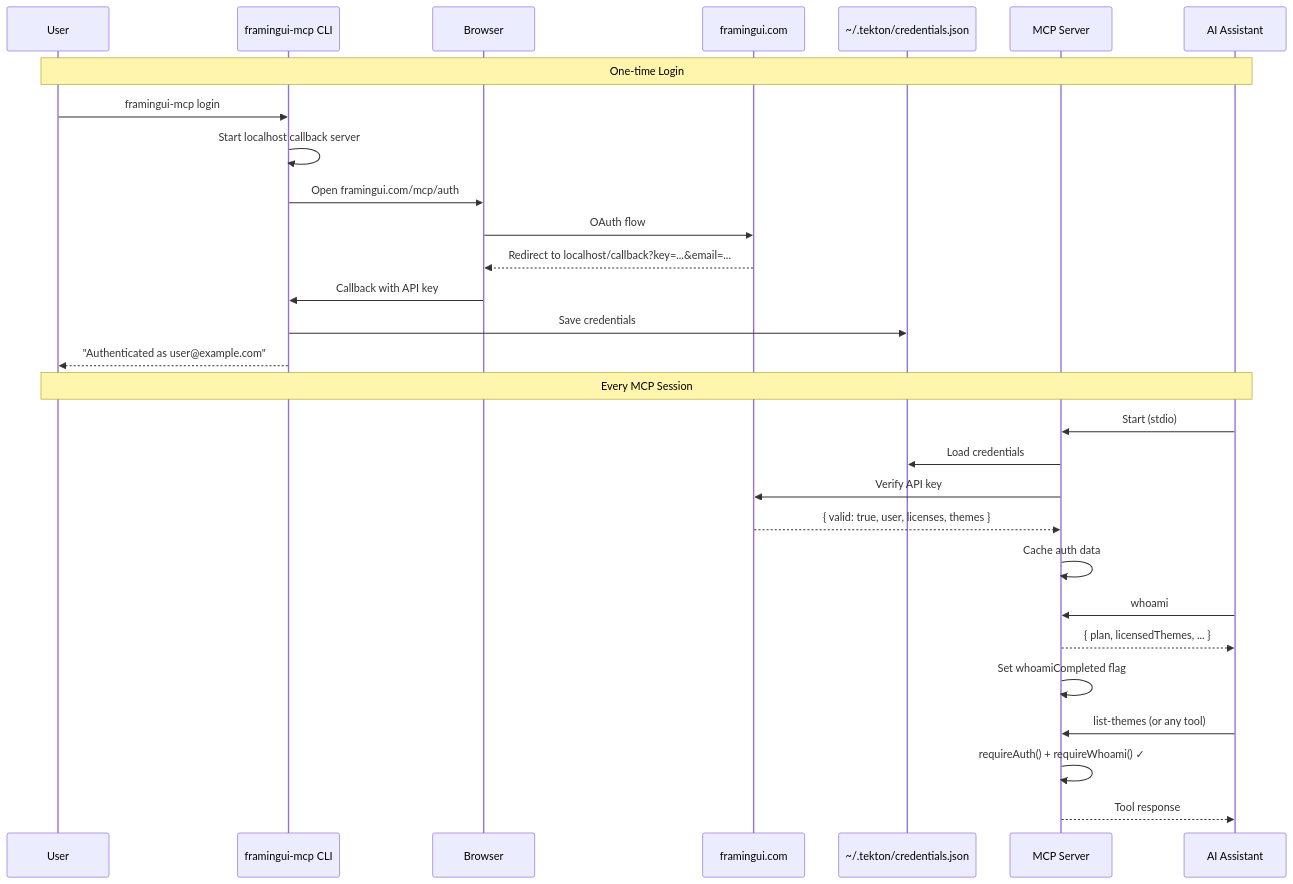
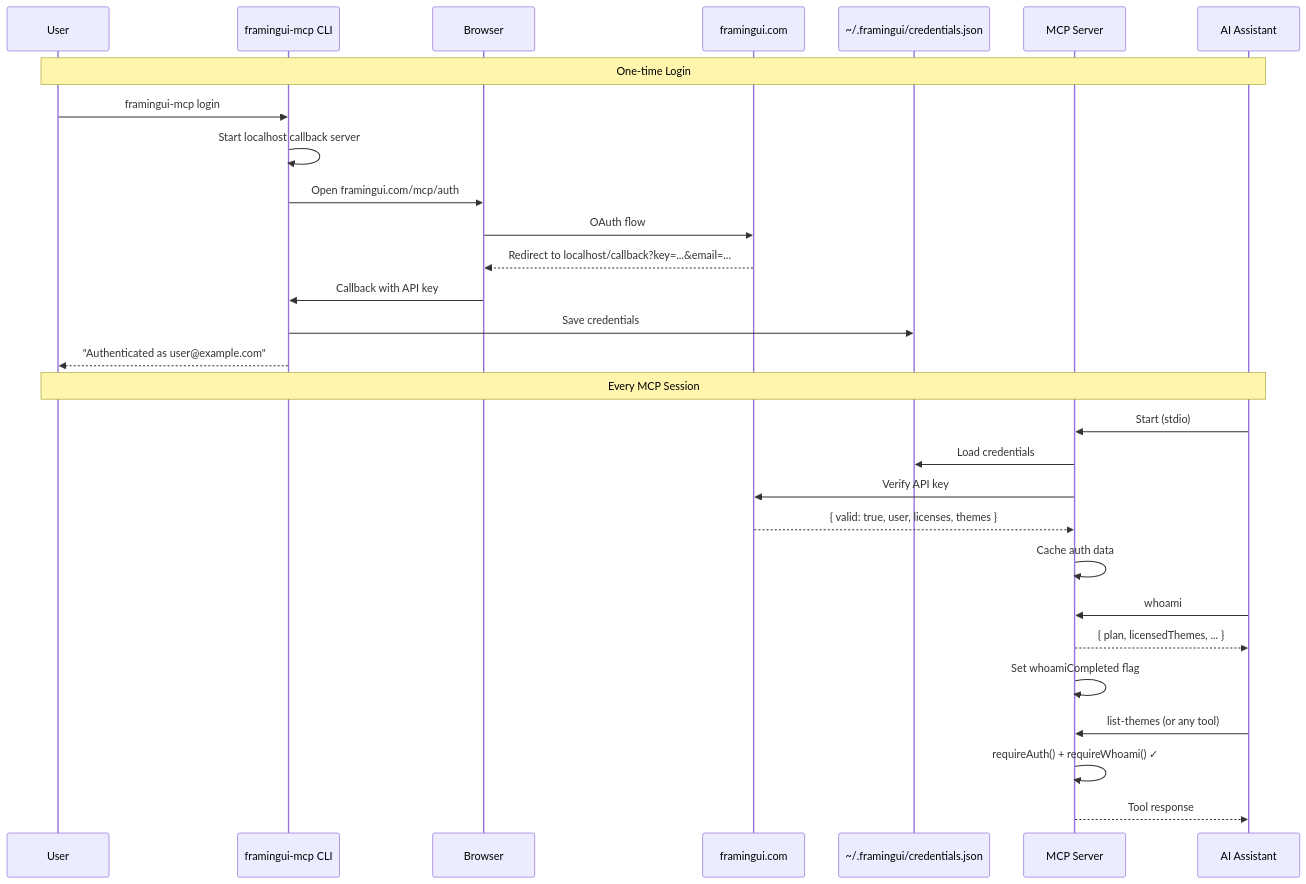
The second of 4 diagrams in packages/mcp-server/docs/04-architecture.md (soo-kate-yeon/framingui), drawn with Mermaid before and after one commit. The commit also changed other lines of this file and 54 other files, not shown here.

First line of the commit message:
chore(mcp): replace all tekton references with framingui

````diff
--- a/packages/mcp-server/docs/04-architecture.md
+++ b/packages/mcp-server/docs/04-architecture.md
@@ -100,35 +100,35 @@
 ```mermaid
 sequenceDiagram
     participant User
     participant CLI as framingui-mcp CLI
     participant Browser
     participant API as framingui.com
-    participant Creds as ~/.tekton/credentials.json
+    participant Creds as ~/.framingui/credentials.json
     participant MCP as MCP Server
     participant AI as AI Assistant
 
     Note over User,AI: One-time Login
     User->>CLI: framingui-mcp login
     CLI->>CLI: Start localhost callback server
     CLI->>Browser: Open framingui.com/mcp/auth
     Browser->>API: OAuth flow
     API-->>Browser: Redirect to localhost/callback?key=...&email=...
     Browser->>CLI: Callback with API key
     CLI->>Creds: Save credentials
     CLI-->>User: "Authenticated as user@example.com"
 
     Note over User,AI: Every MCP Session
     AI->>MCP: Start (stdio)
     MCP->>Creds: Load credentials
     MCP->>API: Verify API key
     API-->>MCP: { valid: true, user, licenses, themes }
     MCP->>MCP: Cache auth data
 
     AI->>MCP: whoami
     MCP-->>AI: { plan, licensedThemes, ... }
     MCP->>MCP: Set whoamiCompleted flag
 
     AI->>MCP: list-themes (or any tool)
     MCP->>MCP: requireAuth() + requireWhoami() ✓
     MCP-->>AI: Tool response
 ```
````
